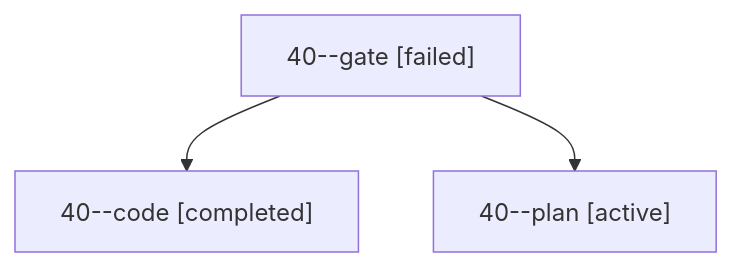
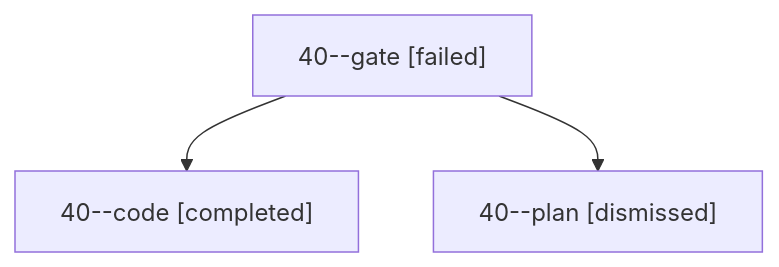
The diagram in sessions/bbugyi200.apollo.40.md (bobs-org/bob-cli--agents), drawn with Mermaid before and after one commit. The commit also changed other lines of this file and 48 other files, not shown here.

````diff
--- a/sessions/bbugyi200.apollo.40.md
+++ b/sessions/bbugyi200.apollo.40.md
@@ -9,8 +9,8 @@
 ```mermaid
 flowchart TD
   n0["40--gate [failed]"]
   n1["40--code [completed]"]
   n0 --> n1
-  n2["40--plan [active]"]
+  n2["40--plan [dismissed]"]
   n0 --> n2
 ```
````
